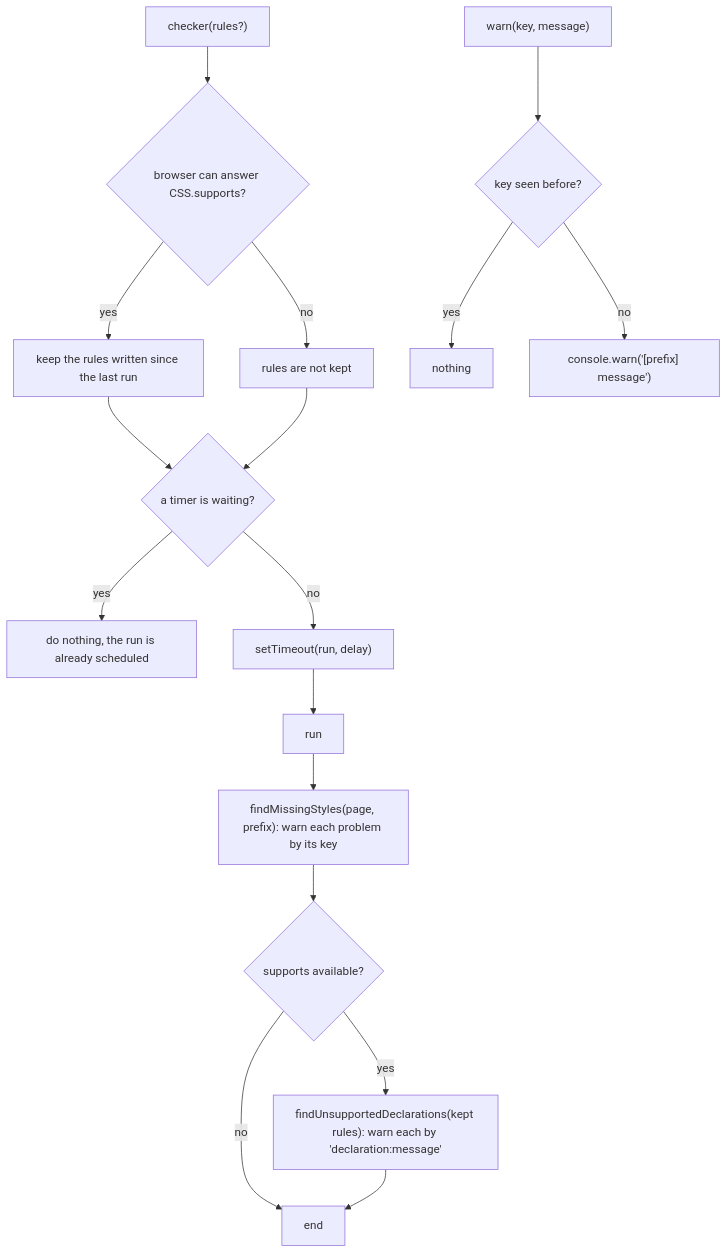
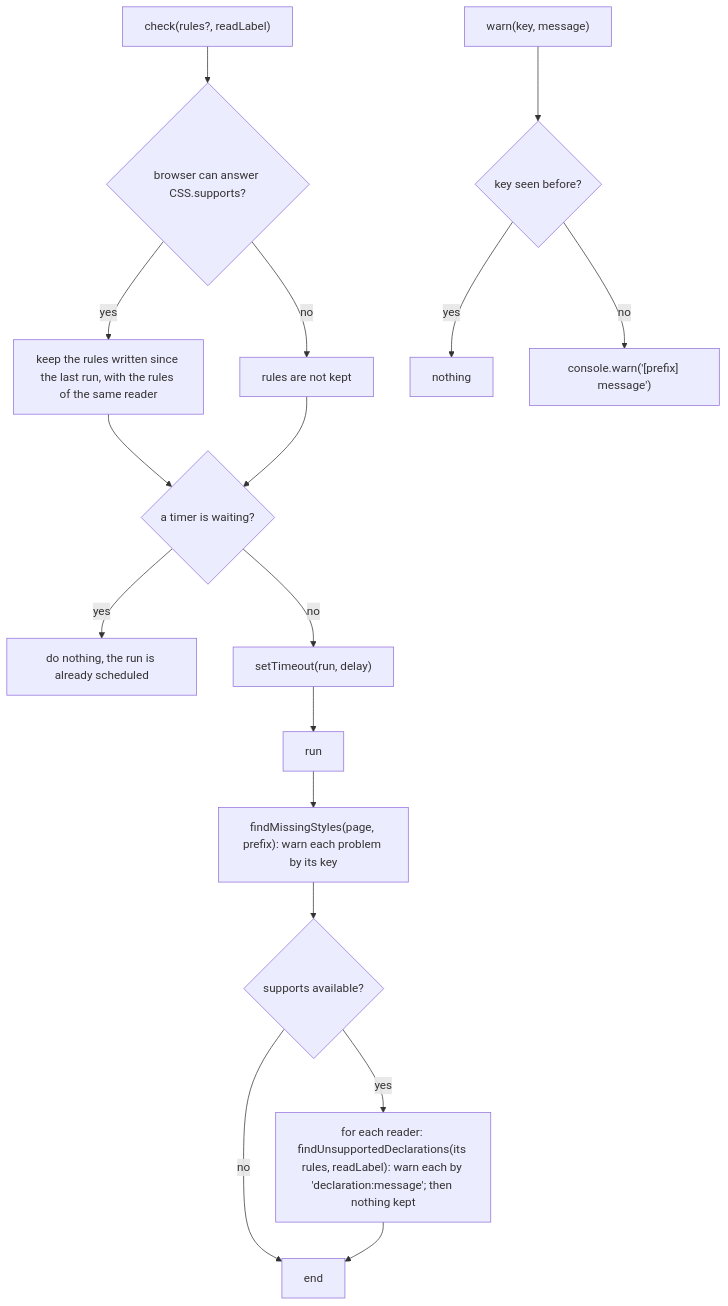
The first of 2 diagrams in packages/core/src/devChecks.md (soroush-tech/umber-style), drawn with Mermaid before and after one commit. The commit also changed other lines of this file and 124 other files, not shown here.

Commit message:
feat: a theme is recognised by its contents, server components take a nonce for each request, class names are read and written whole, three development checks, and the benchmark tools at soroush-bench 2.3.0 and bench-action 1.2.0 - close #61, close #62, close #63, close #64, close #65

````diff
--- a/packages/core/src/devChecks.md
+++ b/packages/core/src/devChecks.md
@@ -22,19 +24,19 @@
 ```mermaid
 flowchart TD
-  call["checker(rules?)"] --> sup{"browser can answer CSS.supports?"}
-  sup -->|yes| keep["keep the rules written since the last run"]
+  call["check(rules?, readLabel)"] --> sup{"browser can answer CSS.supports?"}
+  sup -->|yes| keep["keep the rules written since the last run, with the rules of the same reader"]
   sup -->|no| skip["rules are not kept"]
   keep --> timer
   skip --> timer{"a timer is waiting?"}
   timer -->|yes| nothing["do nothing, the run is already scheduled"]
   timer -->|no| set["setTimeout(run, delay)"]
   set --> run["run"]
   run --> missing["findMissingStyles(page, prefix): warn each problem by its key"]
   missing --> ask{"supports available?"}
   ask -->|no| done["end"]
-  ask -->|yes| unsup["findUnsupportedDeclarations(kept rules): warn each by 'declaration:message'"]
+  ask -->|yes| unsup["for each reader: findUnsupportedDeclarations(its rules, readLabel): warn each by 'declaration:message'; then nothing kept"]
   unsup --> done
   warn["warn(key, message)"] --> seen{"key seen before?"}
   seen -->|yes| drop["nothing"]
   seen -->|no| log["console.warn('[prefix] message')"]
 ```
````
